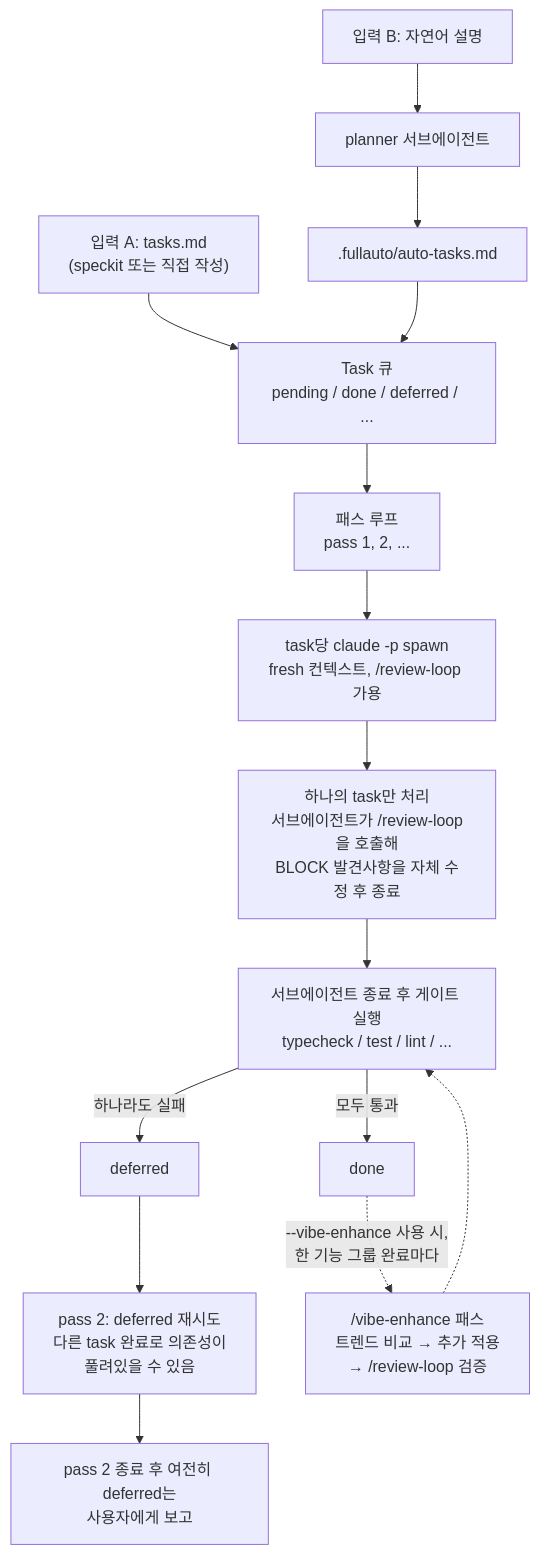
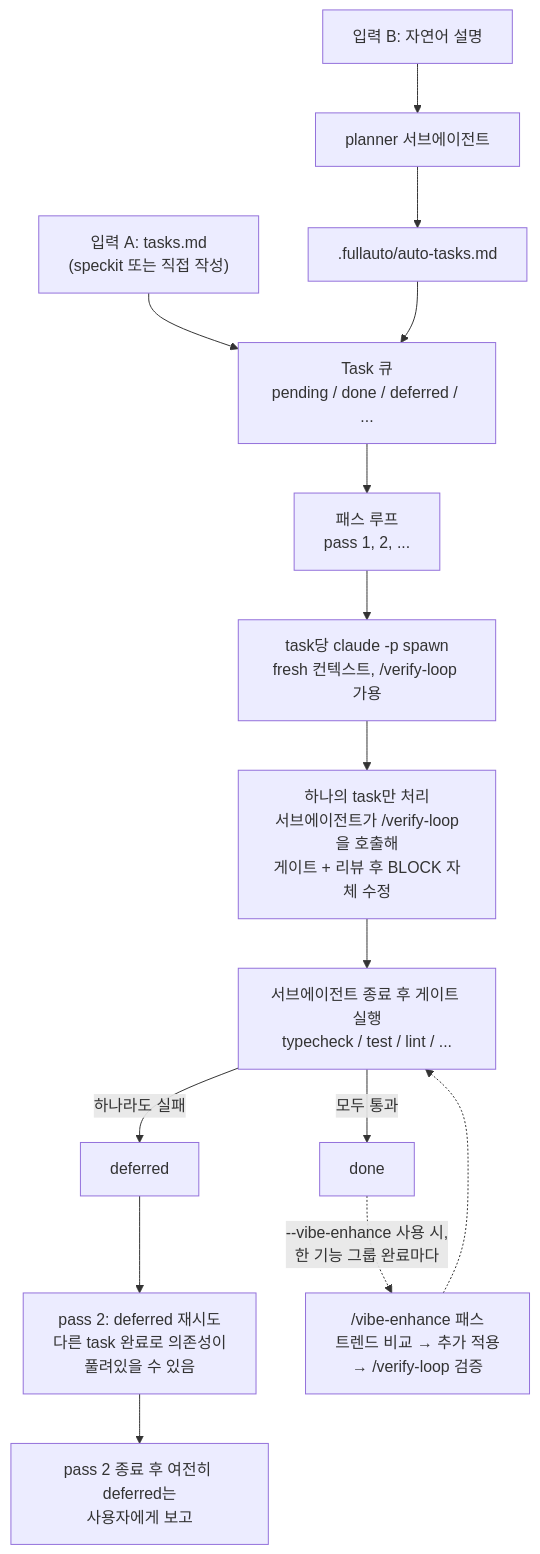
One commit to mincheolchae/fullauto-cc changed the diagram in README.md. Above: the diagram before and after it, drawn with Mermaid. The commit also changed other lines of this file and 9 other files, not shown here.

First line of the commit message:
Replace /review-loop with stronger /verify-loop

````diff
--- a/README.md
+++ b/README.md
@@ -20,17 +20,17 @@
 ```mermaid
 flowchart TD
     A["입력 A: tasks.md<br/>(speckit 또는 직접 작성)"] --> Q
     B["입력 B: 자연어 설명"] --> Planner["planner 서브에이전트"]
     Planner --> AT[".fullauto/auto-tasks.md"]
     AT --> Q
     Q["Task 큐<br/>pending / done / deferred / ..."] --> Loop["패스 루프<br/>pass 1, 2, ..."]
-    Loop --> Spawn["task당 claude -p spawn<br/>fresh 컨텍스트, /review-loop 가용"]
-    Spawn --> Sub["하나의 task만 처리<br/>서브에이전트가 /review-loop을 호출해<br/>BLOCK 발견사항을 자체 수정 후 종료"]
+    Loop --> Spawn["task당 claude -p spawn<br/>fresh 컨텍스트, /verify-loop 가용"]
+    Spawn --> Sub["하나의 task만 처리<br/>서브에이전트가 /verify-loop을 호출해<br/>게이트 + 리뷰 후 BLOCK 자체 수정"]
     Sub --> Gates["서브에이전트 종료 후 게이트 실행<br/>typecheck / test / lint / ..."]
     Gates -->|모두 통과| Done["done"]
     Gates -->|하나라도 실패| Deferred["deferred"]
     Deferred --> P2["pass 2: deferred 재시도<br/>다른 task 완료로 의존성이<br/>풀려있을 수 있음"]
     P2 --> R["pass 2 종료 후 여전히 deferred는<br/>사용자에게 보고"]
-    Done -.->|"--vibe-enhance 사용 시,<br/>한 기능 그룹 완료마다"| Vibe["/vibe-enhance 패스<br/>트렌드 비교 → 추가 적용<br/>→ /review-loop 검증"]
+    Done -.->|"--vibe-enhance 사용 시,<br/>한 기능 그룹 완료마다"| Vibe["/vibe-enhance 패스<br/>트렌드 비교 → 추가 적용<br/>→ /verify-loop 검증"]
     Vibe -.-> Gates
 ```
````
